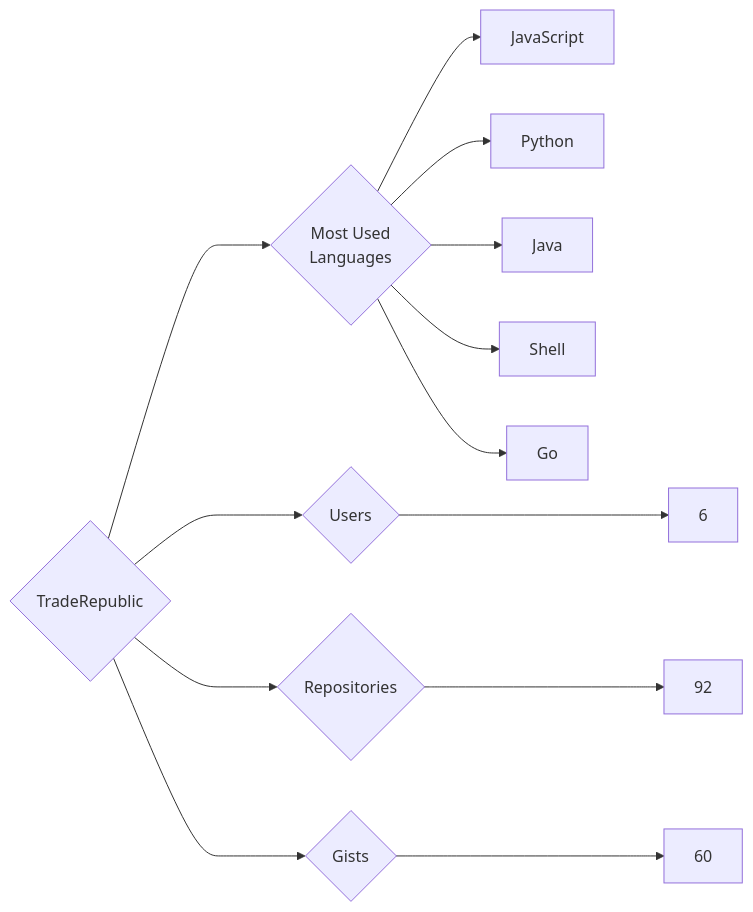
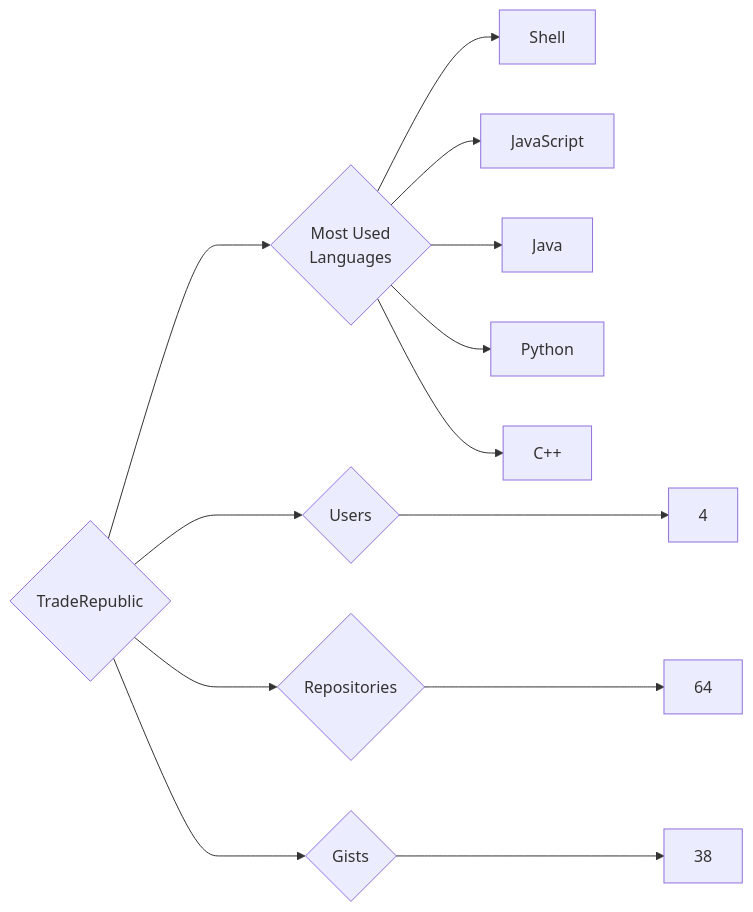
One commit to trickest/insiders changed the diagram in targets/TradeRepublic/README.md. Above: the diagram before and after it, drawn with Mermaid. The commit also changed 870 other files, not shown here.

````diff
--- a/targets/TradeRepublic/README.md
+++ b/targets/TradeRepublic/README.md
@@ -3,13 +3,13 @@
 ```mermaid
 graph LR
 COMPANY_NAME{TradeRepublic}
-COMPANY_NAME ---> U{Users} ---> UN[6]
-COMPANY_NAME ---> R{Repositories} ---> RN[92]
-COMPANY_NAME ---> G{Gists} ---> GN[60]
+COMPANY_NAME ---> U{Users} ---> UN[4]
+COMPANY_NAME ---> R{Repositories} ---> RN[64]
+COMPANY_NAME ---> G{Gists} ---> GN[38]
 COMPANY_NAME ---> ML{Most Used<br>Languages}
+ML --> Shell[Shell]
 ML --> JavaScript[JavaScript]
+ML --> Java[Java]
 ML --> Python[Python]
-ML --> Java[Java]
-ML --> Shell[Shell]
-ML --> Go[Go]
+ML --> C++[C++]
 ```
````
